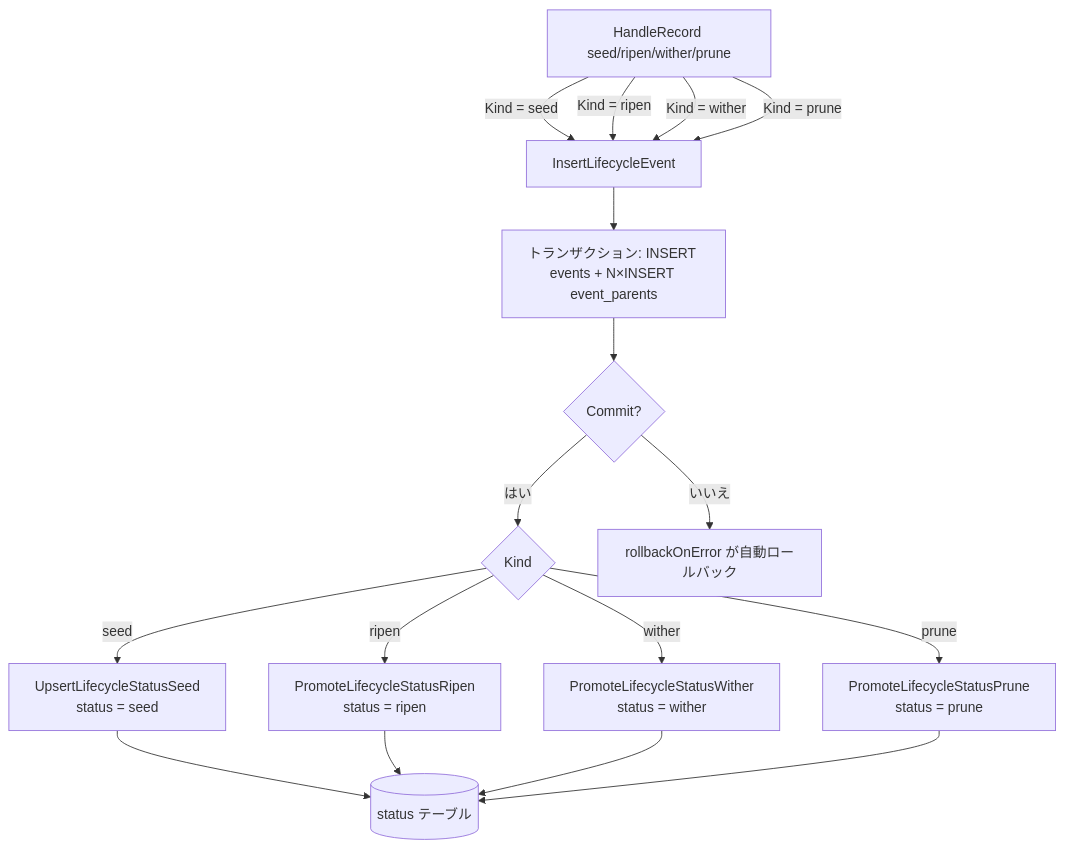
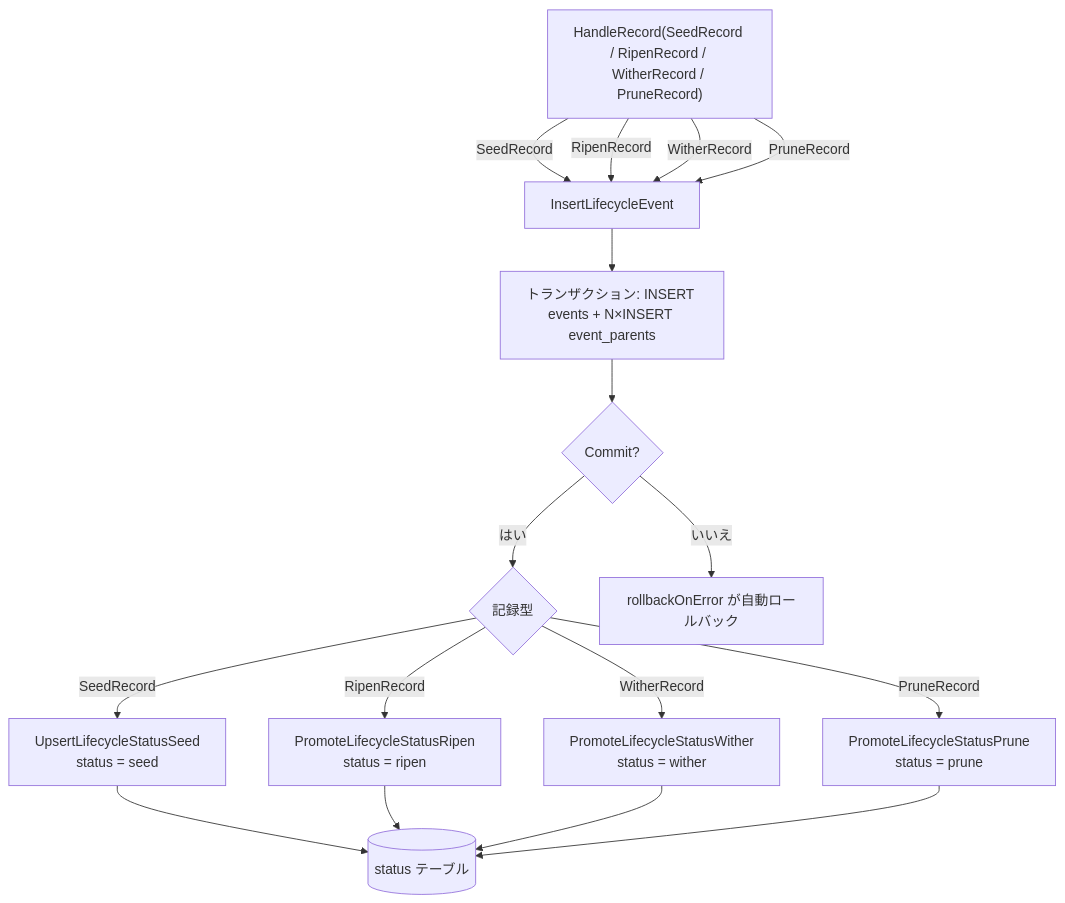
Before and after one commit to Mr-xiaotian/CelestialGrow: the first of 2 diagrams in docs/ja/pkg/persist/sqlite.md, drawn with Mermaid. The commit also changed other lines of this file and 99 other files, not shown here.

````diff
--- a/docs/ja/pkg/persist/sqlite.md
+++ b/docs/ja/pkg/persist/sqlite.md
@@ -222,19 +222,19 @@
 ```mermaid
 flowchart TD
-    A["HandleRecord seed/ripen/wither/prune"] -->|Kind = seed| B[InsertLifecycleEvent]
-    A -->|Kind = ripen| B
-    A -->|Kind = wither| B
-    A -->|Kind = prune| B
+    A["HandleRecord(SeedRecord / RipenRecord / WitherRecord / PruneRecord)"] -->|"SeedRecord"| B[InsertLifecycleEvent]
+    A -->|"RipenRecord"| B
+    A -->|"WitherRecord"| B
+    A -->|"PruneRecord"| B
     B --> C["トランザクション: INSERT events + N×INSERT event_parents"]
     C --> D{Commit?}
-    D -->|はい| E{Kind}
-    E -->|seed| F1[UpsertLifecycleStatusSeed<br/>status = seed]
-    E -->|ripen| F2[PromoteLifecycleStatusRipen<br/>status = ripen]
-    E -->|wither| F3[PromoteLifecycleStatusWither<br/>status = wither]
-    E -->|prune| F4[PromoteLifecycleStatusPrune<br/>status = prune]
+    D -->|はい| E{記録型}
+    E -->|SeedRecord| F1[UpsertLifecycleStatusSeed<br/>status = seed]
+    E -->|RipenRecord| F2[PromoteLifecycleStatusRipen<br/>status = ripen]
+    E -->|WitherRecord| F3[PromoteLifecycleStatusWither<br/>status = wither]
+    E -->|PruneRecord| F4[PromoteLifecycleStatusPrune<br/>status = prune]
     D -->|いいえ| F[rollbackOnError が自動ロールバック]
     F1 --> G[(status テーブル)]
     F2 --> G
     F3 --> G
     F4 --> G
 ```
````
